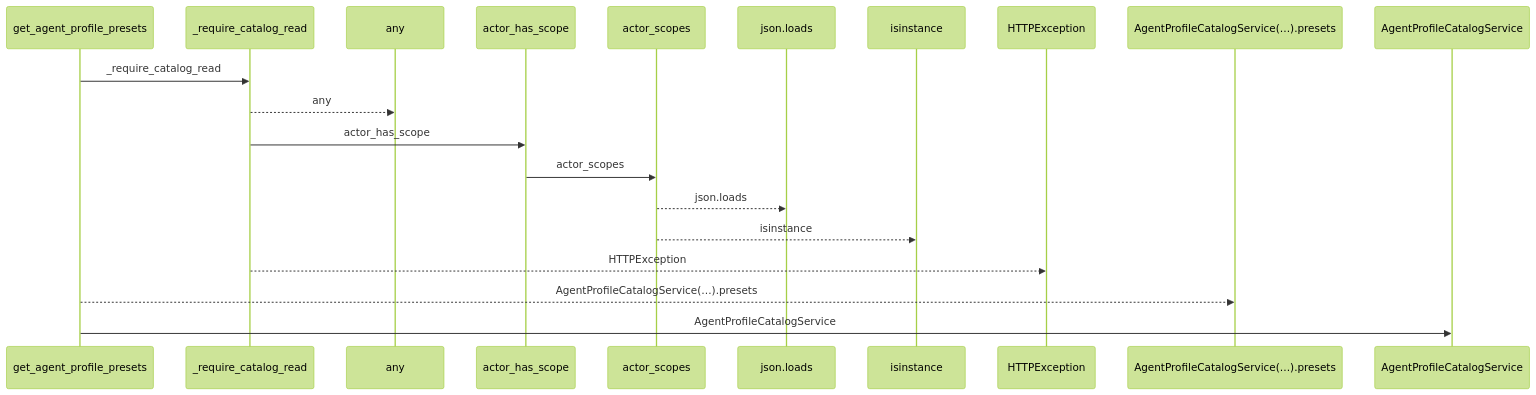
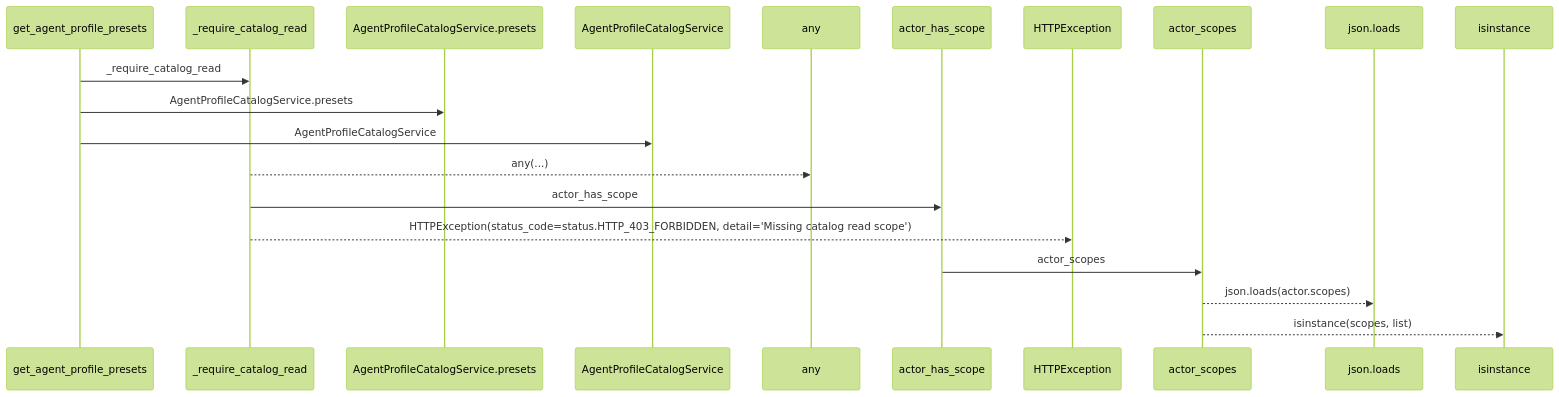
One commit to Denissvgn/WorkChord changed the first of 2 diagrams in docs/llm_wiki/flows/http-get_agent_profile_presets.md. Above: the diagram before and after it, drawn with Mermaid (forest theme). The commit also changed other lines of this file and 25171 other files, not shown here.

````diff
--- a/docs/llm_wiki/flows/http-get_agent_profile_presets.md
+++ b/docs/llm_wiki/flows/http-get_agent_profile_presets.md
@@ -10,22 +12,22 @@
 ```mermaid
 sequenceDiagram
     participant p0 as get_agent_profile_presets
     participant p1 as _require_catalog_read
-    participant p2 as any
-    participant p3 as actor_has_scope
-    participant p4 as actor_scopes
-    participant p5 as json.loads
-    participant p6 as isinstance
-    participant p7 as HTTPException
-    participant p8 as AgentProfileCatalogService(…).presets
-    participant p9 as AgentProfileCatalogService
+    participant p2 as AgentProfileCatalogService.presets
+    participant p3 as AgentProfileCatalogService
+    participant p4 as any
+    participant p5 as actor_has_scope
+    participant p6 as HTTPException
+    participant p7 as actor_scopes
+    participant p8 as json.loads
+    participant p9 as isinstance
     p0->>p1: _require_catalog_read
-    p1-->>p2: any
-    p1->>p3: actor_has_scope
-    p3->>p4: actor_scopes
-    p4-->>p5: json.loads
-    p4-->>p6: isinstance
-    p1-->>p7: HTTPException
-    p0-->>p8: AgentProfileCatalogService(…).presets
-    p0->>p9: AgentProfileCatalogService
+    p0->>p2: AgentProfileCatalogService.presets
+    p0->>p3: AgentProfileCatalogService
+    p1-->>p4: any(...)
+    p1->>p5: actor_has_scope
+    p1-->>p6: HTTPException(status_code=status.HTTP_403_FORBIDDEN, detail='Missing catalog read scope')
+    p5->>p7: actor_scopes
+    p7-->>p8: json.loads(actor.scopes)
+    p7-->>p9: isinstance(scopes, list)
 ```
````
